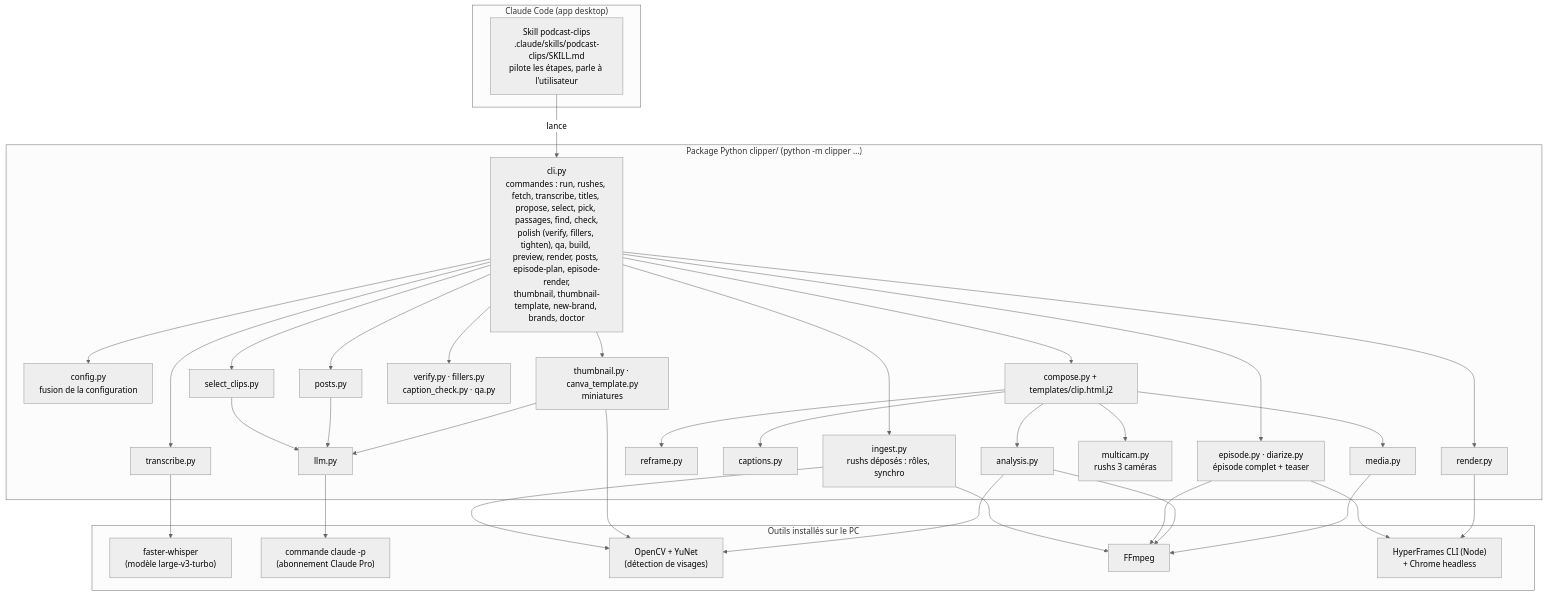
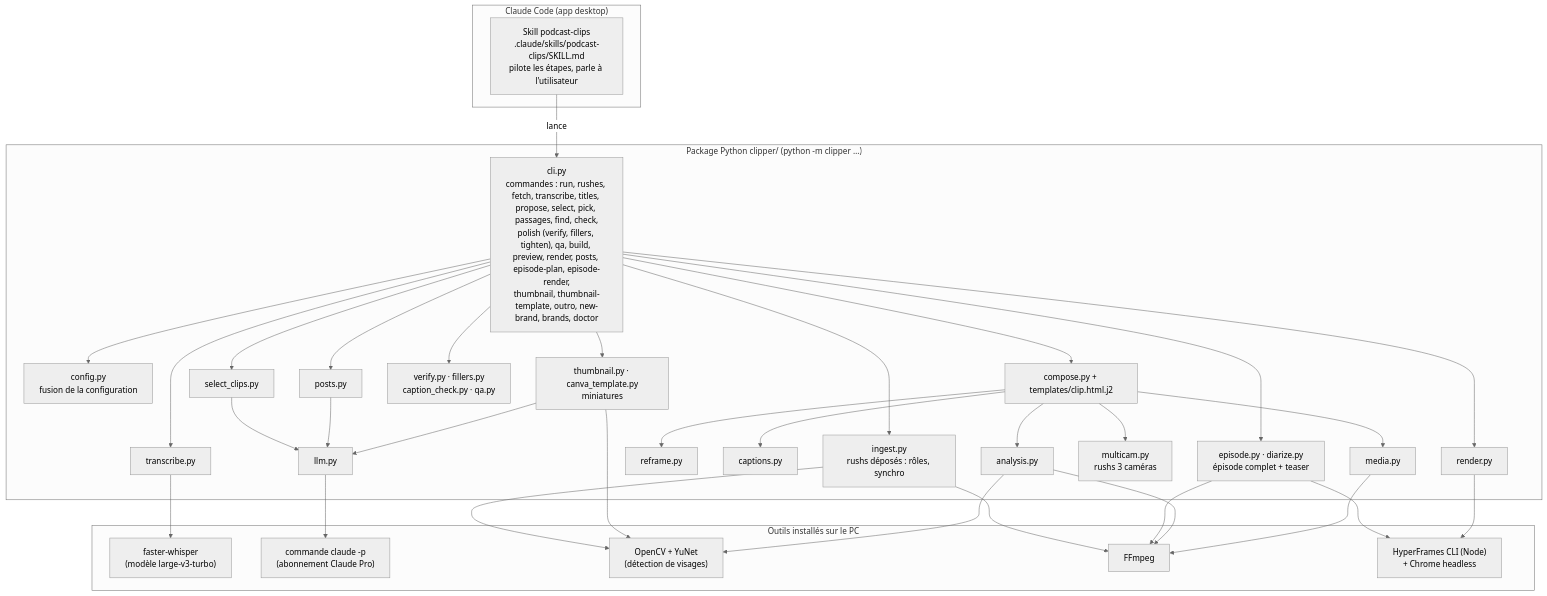
One commit to arthurw31/podcast-clipper changed the first of 3 diagrams in docs/ARCHITECTURE.md. Above: the diagram before and after it, drawn with Mermaid (neutral theme). The commit also changed other lines of this file and 9 other files, not shown here.

````diff
--- a/docs/ARCHITECTURE.md
+++ b/docs/ARCHITECTURE.md
@@ -8,51 +8,51 @@
 ```mermaid
 flowchart TB
     subgraph CC["Claude Code (app desktop)"]
         SK["Skill podcast-clips<br/>.claude/skills/podcast-clips/SKILL.md<br/>pilote les étapes, parle à l'utilisateur"]
     end
 
     subgraph PY["Package Python clipper/ (python -m clipper …)"]
-        CLI["cli.py<br/>commandes : run, rushes, fetch, transcribe, titles, propose, select, pick, passages, find, check,<br/>polish (verify, fillers, tighten), qa, build, preview, render, posts, episode-plan, episode-render,<br/>thumbnail, thumbnail-template, new-brand, brands, doctor"]
+        CLI["cli.py<br/>commandes : run, rushes, fetch, transcribe, titles, propose, select, pick, passages, find, check,<br/>polish (verify, fillers, tighten), qa, build, preview, render, posts, episode-plan, episode-render,<br/>thumbnail, thumbnail-template, outro, new-brand, brands, doctor"]
         CFG["config.py<br/>fusion de la configuration"]
         TR["transcribe.py"]
         SEL["select_clips.py"]
         LLM["llm.py"]
         AN["analysis.py"]
         RF["reframe.py"]
         CAP["captions.py"]
         CO["compose.py + templates/clip.html.j2"]
         MED["media.py"]
         REN["render.py"]
         PO["posts.py"]
         MC["multicam.py<br/>rushs 3 caméras"]
         IG["ingest.py<br/>rushs déposés : rôles, synchro"]
         CHK["verify.py · fillers.py<br/>caption_check.py · qa.py"]
         EPI["episode.py · diarize.py<br/>épisode complet + teaser"]
         TH["thumbnail.py · canva_template.py<br/>miniatures"]
     end
 
     subgraph EXT["Outils installés sur le PC"]
         WH["faster-whisper<br/>(modèle large-v3-turbo)"]
         CL["commande claude -p<br/>(abonnement Claude Pro)"]
         CV["OpenCV + YuNet<br/>(détection de visages)"]
         FF["FFmpeg"]
         HF["HyperFrames CLI (Node)<br/>+ Chrome headless"]
     end
 
     SK -->|lance| CLI
     CLI --> CFG
     CLI --> TR & SEL & CO & REN & PO
     TR --> WH
     SEL --> LLM
     PO --> LLM
     LLM --> CL
     CLI --> CHK & EPI & TH & IG
     IG --> CV & FF
     CO --> AN & RF & CAP & MED & MC
     EPI --> FF & HF
     TH --> LLM & CV
     AN --> CV
     AN --> FF
     MED --> FF
     REN --> HF
 ```
````
